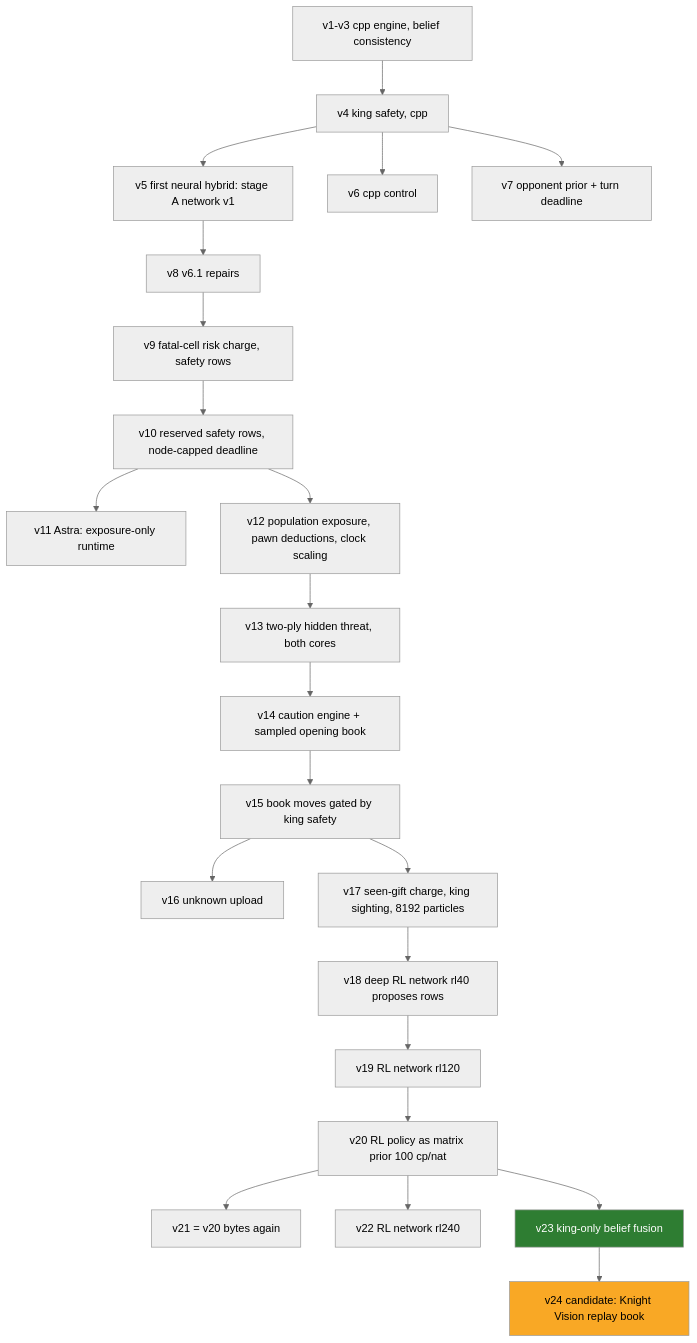
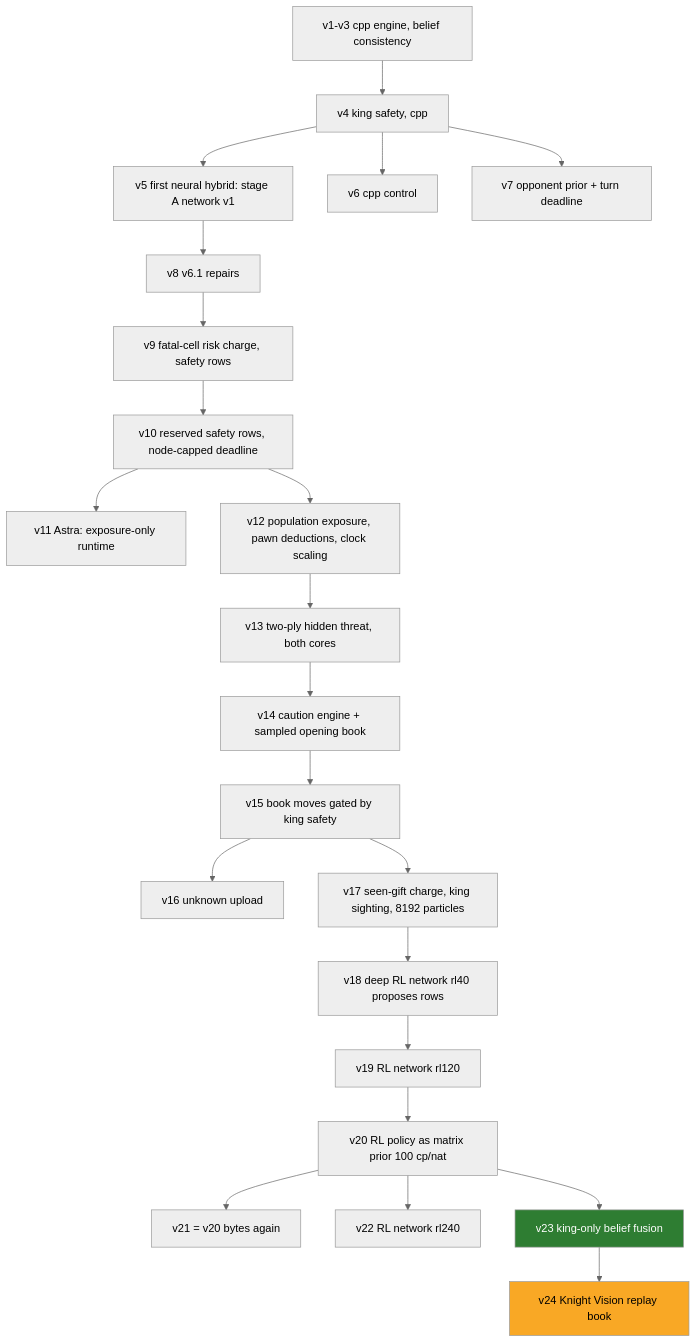
Before and after one commit to htansetiawan/iamavirus: the diagram in MUTATIONS.md, drawn with Mermaid (neutral theme). The commit also changed other lines of this file and 2 other files, not shown here.

Commit message:
Arena v24 = Knight Vision replay book (36d793297602), uploaded 00:20 UTC: archive renamed, map row with the prediction registered before any v24 game, v23 closed at 11-1-12, registry updated

````diff
--- a/MUTATIONS.md
+++ b/MUTATIONS.md
@@ -20,26 +20,27 @@
 ```mermaid
 flowchart TD
   v1[v1-v3 cpp engine, belief consistency] --> v4[v4 king safety, cpp]
   v4 --> v5[v5 first neural hybrid: stage A network v1]
   v4 --> v6[v6 cpp control]
   v4 --> v7[v7 opponent prior + turn deadline]
   v5 --> v8[v8 v6.1 repairs] --> v9[v9 fatal-cell risk charge, safety rows] --> v10[v10 reserved safety rows, node-capped deadline]
   v10 --> v11[v11 Astra: exposure-only runtime]
   v10 --> v12[v12 population exposure, pawn deductions, clock scaling]
   v12 --> v13[v13 two-ply hidden threat, both cores]
   v13 --> v14[v14 caution engine + sampled opening book]
   v14 --> v15[v15 book moves gated by king safety]
   v15 --> v16[v16 unknown upload]
   v15 --> v17[v17 seen-gift charge, king sighting, 8192 particles]
   v17 --> v18[v18 deep RL network rl40 proposes rows]
   v18 --> v19[v19 RL network rl120]
   v19 --> v20[v20 RL policy as matrix prior 100 cp/nat]
   v20 --> v21[v21 = v20 bytes again]
   v20 --> v22[v22 RL network rl240]
   v20 --> v23[v23 king-only belief fusion]
-  v23 --> v24[v24 candidate: Knight Vision replay book]
+  v23 --> v24[v24 Knight Vision replay book]
   classDef alive fill:#2e7d32,color:#fff;
   classDef cand fill:#f9a825,color:#000;
   class v23 alive;
   class v24 cand;
+  %% v24 uploaded 00:20 UTC; it turns green when the arena activates it
 ```
````
